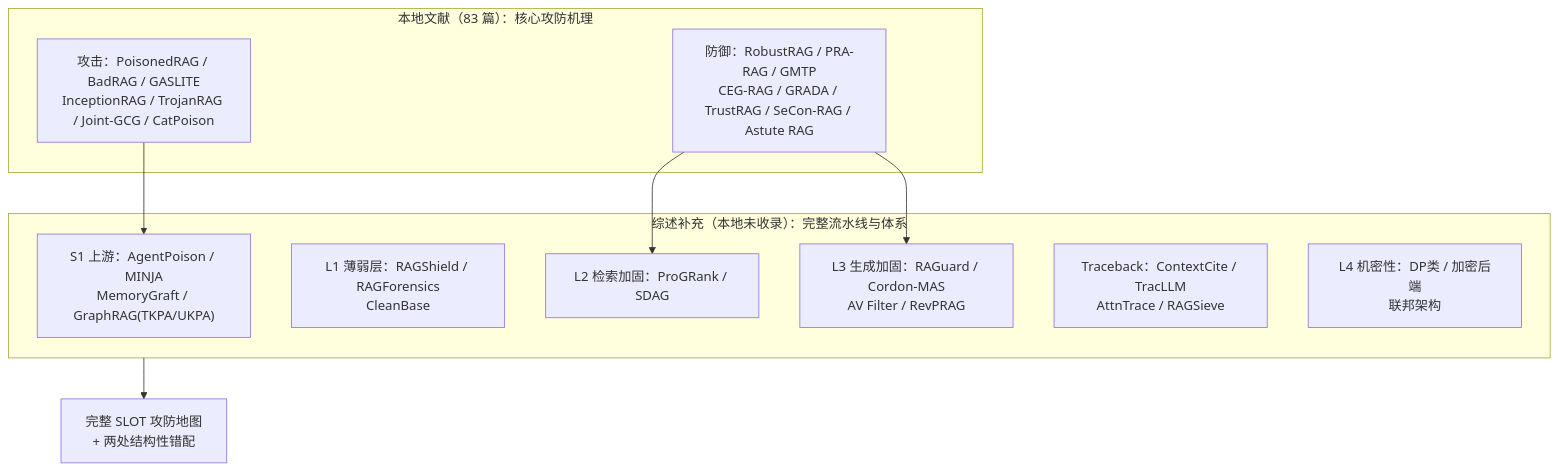
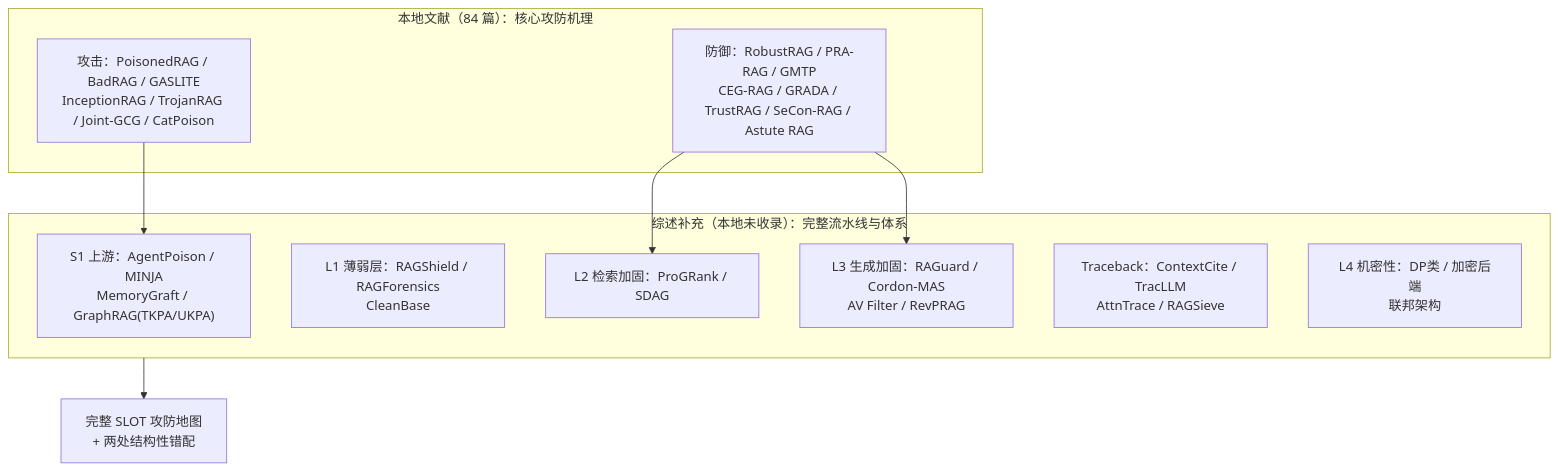
The third of 3 diagrams in docs/RAG安全文献攻防技术手段总结报告.md (fgfgfdg8/graduate_thesis_proposal), drawn with Mermaid before and after one commit. The commit also changed other lines of this file and 6 other files, not shown here.

````diff
--- a/docs/RAG安全文献攻防技术手段总结报告.md
+++ b/docs/RAG安全文献攻防技术手段总结报告.md
@@ -1535,19 +1553,19 @@
 ```mermaid
 flowchart TB
-    subgraph ORIG["本地文献（83 篇）：核心攻防机理"]
+    subgraph ORIG["本地文献（84 篇）：核心攻防机理"]
         O1["攻击：PoisonedRAG / BadRAG / GASLITE<br/>InceptionRAG / TrojanRAG / Joint-GCG / CatPoison"]
         O2["防御：RobustRAG / PRA-RAG / GMTP<br/>CEG-RAG / GRADA / TrustRAG / SeCon-RAG / Astute RAG"]
     end
     subgraph NEW["综述补充（本地未收录）：完整流水线与体系"]
         N1["S1 上游：AgentPoison / MINJA<br/>MemoryGraft / GraphRAG(TKPA/UKPA)"]
         N2["L1 薄弱层：RAGShield / RAGForensics<br/>CleanBase"]
         N3["L2 检索加固：ProGRank / SDAG"]
         N4["L3 生成加固：RAGuard / Cordon-MAS<br/>AV Filter / RevPRAG"]
         N5["Traceback：ContextCite / TracLLM<br/>AttnTrace / RAGSieve"]
         N6["L4 机密性：DP类 / 加密后端<br/>联邦架构"]
     end
     O1 --> N1
     O2 --> N3
     O2 --> N4
     NEW --> C["完整 SLOT 攻防地图<br/>+ 两处结构性错配"]
 ```
````
